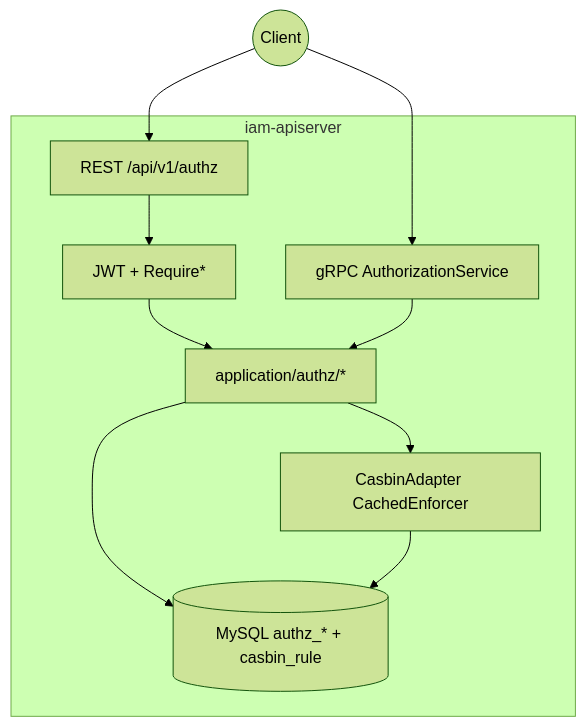
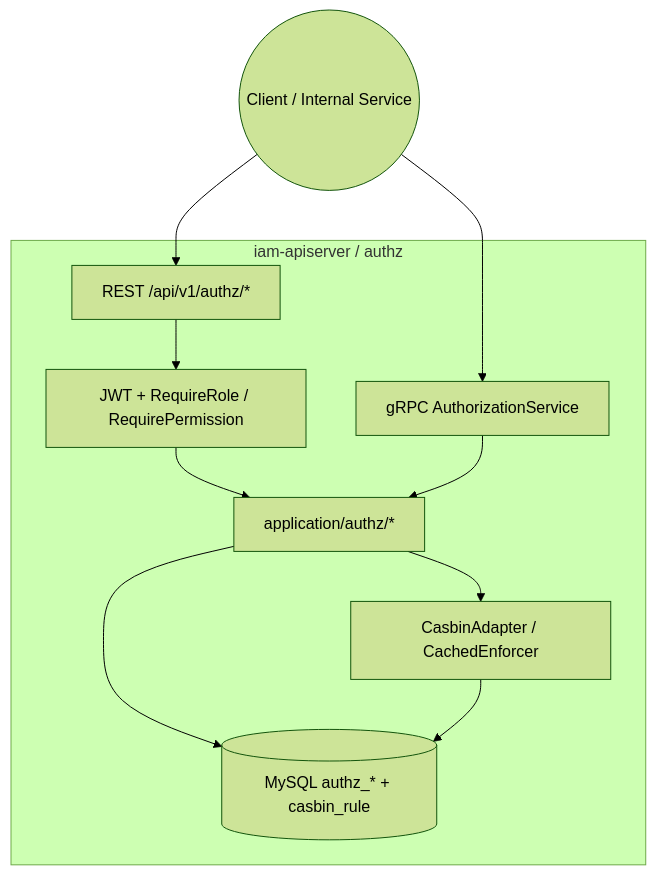
One commit to FangcunMount/iam-contracts changed the first of 4 diagrams in docs/02-业务域/02-authz-角色、策略、资源、Assignment.md. Above: the diagram before and after it, drawn with Mermaid (forest theme). The commit also changed other lines of this file and 24 other files, not shown here.

````diff
--- a/docs/02-业务域/02-authz-角色、策略、资源、Assignment.md
+++ b/docs/02-业务域/02-authz-角色、策略、资源、Assignment.md
@@ -45,19 +52,19 @@
 ```mermaid
 flowchart TB
-  subgraph iam["iam-apiserver"]
-    REST["REST /api/v1/authz"]
+  subgraph iam["iam-apiserver / authz"]
+    REST["REST /api/v1/authz/*"]
     GRPC["gRPC AuthorizationService"]
-    MW["JWT + Require*"]
+    MW["JWT + RequireRole / RequirePermission"]
     APP["application/authz/*"]
-    CAS["CasbinAdapter CachedEnforcer"]
+    CAS["CasbinAdapter / CachedEnforcer"]
     DB[("MySQL authz_* + casbin_rule")]
   end
-  C((Client)) --> REST
+  C((Client / Internal Service)) --> REST
   C --> GRPC
   REST --> MW
   MW --> APP
   GRPC --> APP
   APP --> CAS
   APP --> DB
   CAS --> DB
 ```
````
